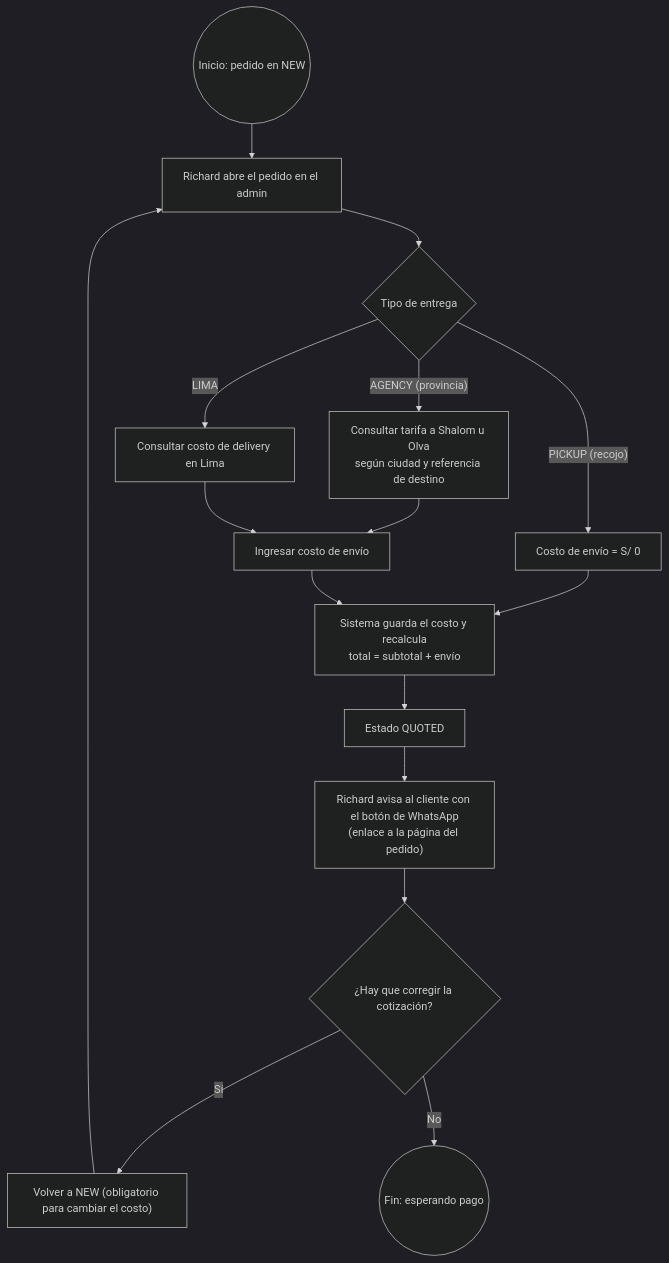
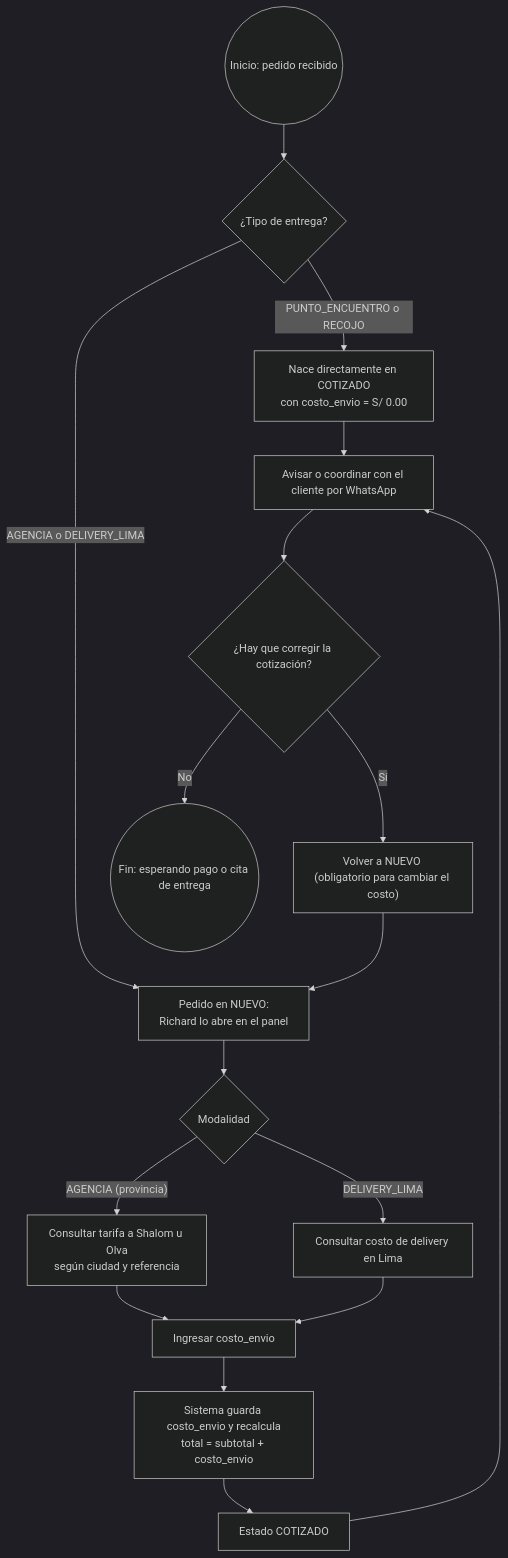
Before and after one commit to jcoldsolutionsj-lab/Proyect_03EcomerceEmunaSport: the diagram in 01-Relevamiento/diagramas/02-actividad-cotizar-envio.md, drawn with Mermaid (dark theme). The commit also changed other lines of this file and 43 other files, not shown here.

Commit message:
Doc 05 restaurado, BD y codigo en espanol, Excel de diccionario, flujo cita en Lima y OpenAPI Swagger

````diff
--- a/01-Relevamiento/diagramas/02-actividad-cotizar-envio.md
+++ b/01-Relevamiento/diagramas/02-actividad-cotizar-envio.md
@@ -5,18 +5,19 @@
 ```mermaid
 flowchart TD
-  INI(("Inicio: pedido en NEW")) --> a1["Richard abre el pedido en el admin"]
-  a1 --> a2{"Tipo de entrega"}
-  a2 -- "AGENCY (provincia)" --> a3["Consultar tarifa a Shalom u Olva<br/>según ciudad y referencia de destino"]
-  a2 -- "LIMA" --> a4["Consultar costo de delivery en Lima"]
-  a2 -- "PICKUP (recojo)" --> a5["Costo de envío = S/ 0"]
-  a3 --> a6["Ingresar costo de envío"]
+  INI(("Inicio: pedido recibido")) --> a0{"¿Tipo de entrega?"}
+  a0 -- "PUNTO_ENCUENTRO o RECOJO" --> a5["Nace directamente en COTIZADO<br/>con costo_envio = S/ 0.00"]
+  a0 -- "AGENCIA o DELIVERY_LIMA" --> a1["Pedido en NUEVO:<br/>Richard lo abre en el panel"]
+  a1 --> a2{"Modalidad"}
+  a2 -- "AGENCIA (provincia)" --> a3["Consultar tarifa a Shalom u Olva<br/>según ciudad y referencia"]
+  a2 -- "DELIVERY_LIMA" --> a4["Consultar costo de delivery en Lima"]
+  a3 --> a6["Ingresar costo_envio"]
   a4 --> a6
-  a5 --> a7
-  a6 --> a7["Sistema guarda el costo y recalcula<br/>total = subtotal + envío"]
-  a7 --> a8["Estado QUOTED"]
-  a8 --> a9["Richard avisa al cliente con el botón de WhatsApp<br/>(enlace a la página del pedido)"]
+  a6 --> a7["Sistema guarda costo_envio y recalcula<br/>total = subtotal + costo_envio"]
+  a7 --> a8["Estado COTIZADO"]
+  a5 --> a9["Avisar o coordinar con el cliente por WhatsApp"]
+  a8 --> a9
   a9 --> a10{"¿Hay que corregir la cotización?"}
-  a10 -- "Sí" --> a11["Volver a NEW (obligatorio para cambiar el costo)"]
+  a10 -- "Sí" --> a11["Volver a NUEVO (obligatorio para cambiar el costo)"]
   a11 --> a1
-  a10 -- "No" --> FIN(("Fin: esperando pago"))
+  a10 -- "No" --> FIN(("Fin: esperando pago o cita de entrega"))
 ```
````
